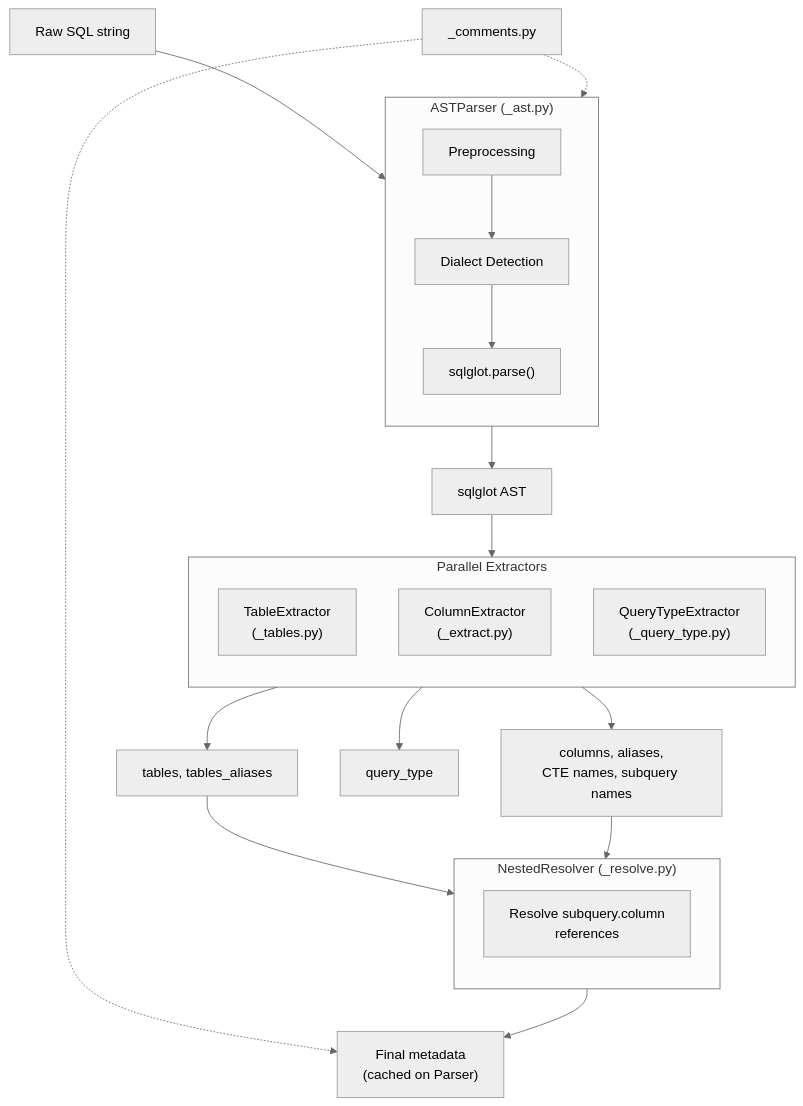
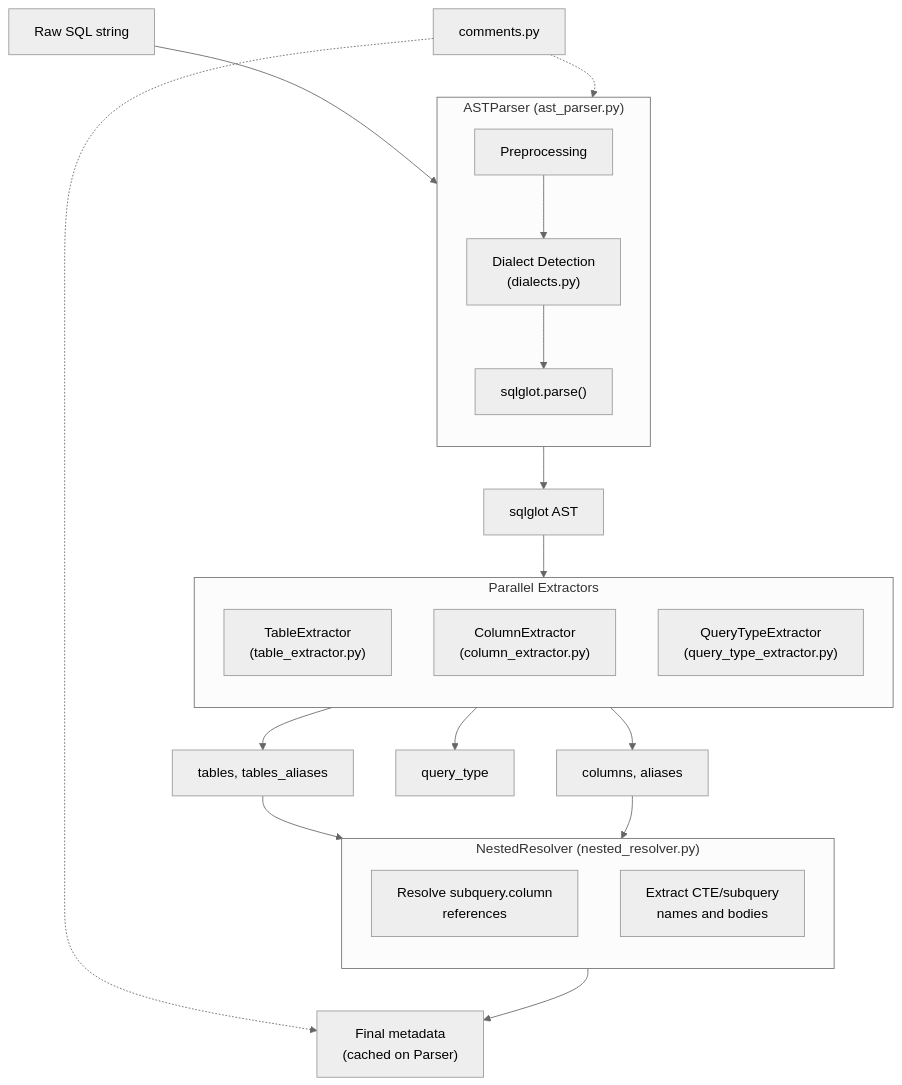
The first of 9 diagrams in ARCHITECTURE.md (macbre/sql-metadata), drawn with Mermaid (neutral theme) before and after one commit. The commit also changed other lines of this file and 21 other files, not shown here.

````diff
--- a/ARCHITECTURE.md
+++ b/ARCHITECTURE.md
@@ -24,41 +25,42 @@
 ```mermaid
 flowchart TB
     SQL["Raw SQL string"]
 
-    subgraph AST_CONSTRUCTION["ASTParser (_ast.py)"]
+    subgraph AST_CONSTRUCTION["ASTParser (ast_parser.py)"]
         direction TB
         PP["Preprocessing"]
-        DD["Dialect Detection"]
+        DD["Dialect Detection\n(dialects.py)"]
         SG["sqlglot.parse()"]
         PP --> DD --> SG
     end
 
     SQL --> AST_CONSTRUCTION
     AST_CONSTRUCTION --> AST["sqlglot AST"]
 
     subgraph EXTRACTION["Parallel Extractors"]
         direction TB
-        TE["TableExtractor\n(_tables.py)"]
-        CE["ColumnExtractor\n(_extract.py)"]
-        QT["QueryTypeExtractor\n(_query_type.py)"]
+        TE["TableExtractor\n(table_extractor.py)"]
+        CE["ColumnExtractor\n(column_extractor.py)"]
+        QT["QueryTypeExtractor\n(query_type_extractor.py)"]
     end
 
     AST --> EXTRACTION
 
     TE --> TA["tables, tables_aliases"]
-    CE --> COLS["columns, aliases,\nCTE names, subquery names"]
+    CE --> COLS["columns, aliases"]
     QT --> QTR["query_type"]
 
     TA --> NR
     COLS --> NR
 
-    subgraph RESOLVE["NestedResolver (_resolve.py)"]
+    subgraph RESOLVE["NestedResolver (nested_resolver.py)"]
         direction TB
         NR["Resolve subquery.column\nreferences"]
+        NE["Extract CTE/subquery\nnames and bodies"]
     end
 
     RESOLVE --> FINAL["Final metadata\n(cached on Parser)"]
 
-    COM["_comments.py"] -.-> AST_CONSTRUCTION
+    COM["comments.py"] -.-> AST_CONSTRUCTION
     COM -.-> FINAL
 ```
````
